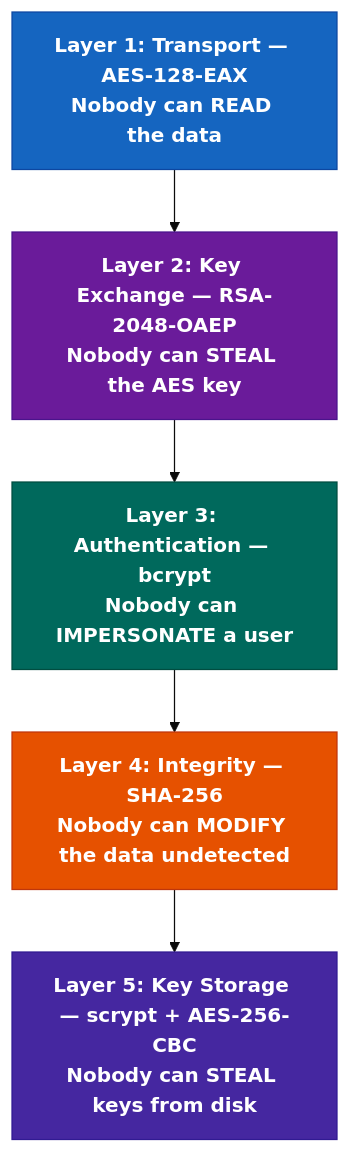
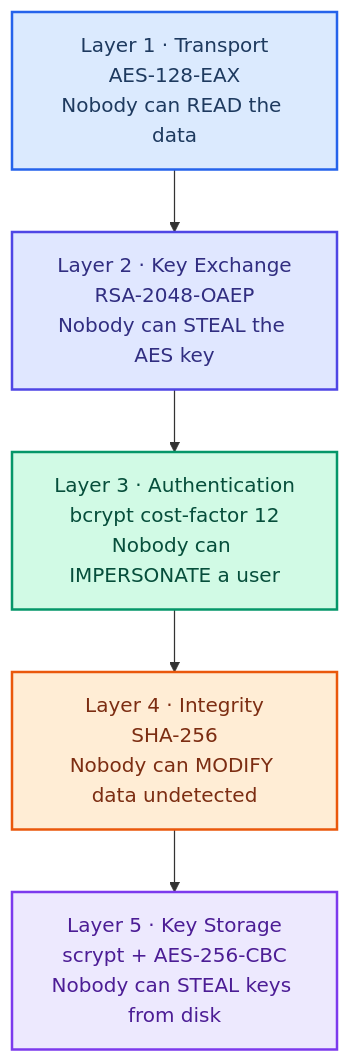
Before and after one commit to HeshamAfandi/Secure-Communication-System: the fifth of 14 diagrams in PROJECT_DOCUMENTATION.md, drawn with Mermaid. The commit also changed other lines of this file, not shown here.

````diff
--- a/PROJECT_DOCUMENTATION.md
+++ b/PROJECT_DOCUMENTATION.md
@@ -659,17 +690,16 @@
 ```mermaid
-%%{init: {'theme': 'base'}}%%
 graph TB
-    classDef l1 fill:#1565C0,stroke:#0D47A1,color:#FFFFFF,font-weight:bold
-    classDef l2 fill:#6A1B9A,stroke:#4A148C,color:#FFFFFF,font-weight:bold
-    classDef l3 fill:#00695C,stroke:#004D40,color:#FFFFFF,font-weight:bold
-    classDef l4 fill:#E65100,stroke:#BF360C,color:#FFFFFF,font-weight:bold
-    classDef l5 fill:#4527A0,stroke:#311B92,color:#FFFFFF,font-weight:bold
-
-    L1["Layer 1: Transport — AES-128-EAX<br/>Nobody can READ the data"]:::l1
-    L2["Layer 2: Key Exchange — RSA-2048-OAEP<br/>Nobody can STEAL the AES key"]:::l2
-    L3["Layer 3: Authentication — bcrypt<br/>Nobody can IMPERSONATE a user"]:::l3
-    L4["Layer 4: Integrity — SHA-256<br/>Nobody can MODIFY the data undetected"]:::l4
-    L5["Layer 5: Key Storage — scrypt + AES-256-CBC<br/>Nobody can STEAL keys from disk"]:::l5
+    L1["Layer 1 · Transport<br/>AES-128-EAX<br/>Nobody can READ the data"]
+    L2["Layer 2 · Key Exchange<br/>RSA-2048-OAEP<br/>Nobody can STEAL the AES key"]
+    L3["Layer 3 · Authentication<br/>bcrypt cost-factor 12<br/>Nobody can IMPERSONATE a user"]
+    L4["Layer 4 · Integrity<br/>SHA-256<br/>Nobody can MODIFY data undetected"]
+    L5["Layer 5 · Key Storage<br/>scrypt + AES-256-CBC<br/>Nobody can STEAL keys from disk"]
 
     L1 --> L2 --> L3 --> L4 --> L5
+
+    style L1 fill:#dbeafe,stroke:#2563eb,stroke-width:2px,color:#1e3a5f
+    style L2 fill:#e0e7ff,stroke:#4f46e5,stroke-width:2px,color:#312e81
+    style L3 fill:#d1fae5,stroke:#059669,stroke-width:2px,color:#064e3b
+    style L4 fill:#ffedd5,stroke:#ea580c,stroke-width:2px,color:#7c2d12
+    style L5 fill:#ede9fe,stroke:#7c3aed,stroke-width:2px,color:#4c1d95
 ```
````
